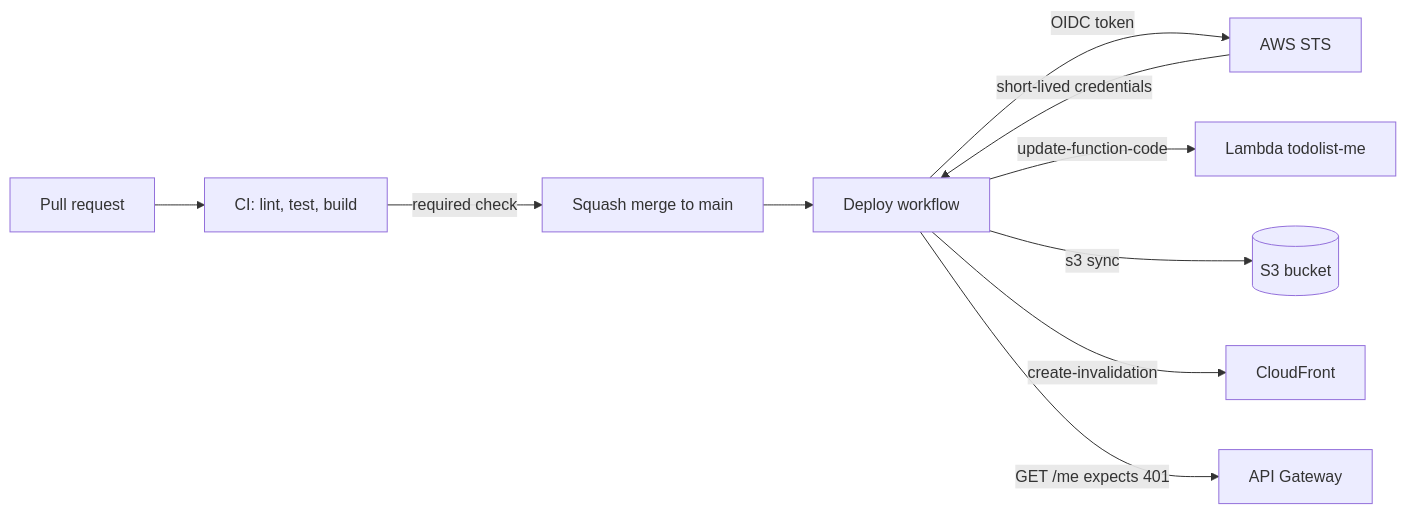
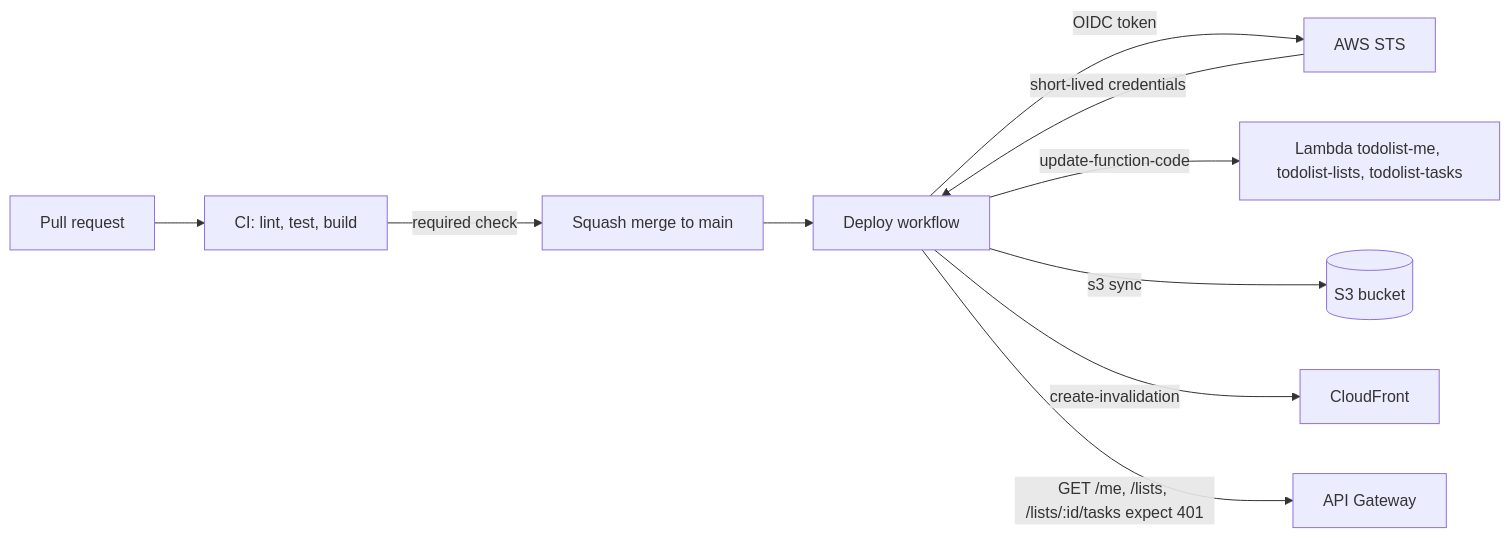
One commit to Pereira277/todolist-app changed the third of 3 diagrams in docs/architecture.md. Above: the diagram before and after it, drawn with Mermaid. The commit also changed other lines of this file and 6 other files, not shown here.

````diff
--- a/docs/architecture.md
+++ b/docs/architecture.md
@@ -129,12 +137,12 @@
 ```mermaid
 flowchart LR
   PR[Pull request] --> CI[CI: lint, test, build]
   CI -->|required check| M[Squash merge to main]
   M --> D[Deploy workflow]
   D -->|OIDC token| STS[AWS STS]
   STS -->|short-lived credentials| D
-  D -->|update-function-code| L[Lambda todolist-me]
+  D -->|update-function-code| L[Lambda todolist-me, todolist-lists, todolist-tasks]
   D -->|s3 sync| S3[(S3 bucket)]
   D -->|create-invalidation| CF[CloudFront]
-  D -->|GET /me expects 401| API[API Gateway]
+  D -->|GET /me, /lists, /lists/:id/tasks expect 401| API[API Gateway]
 ```
````
